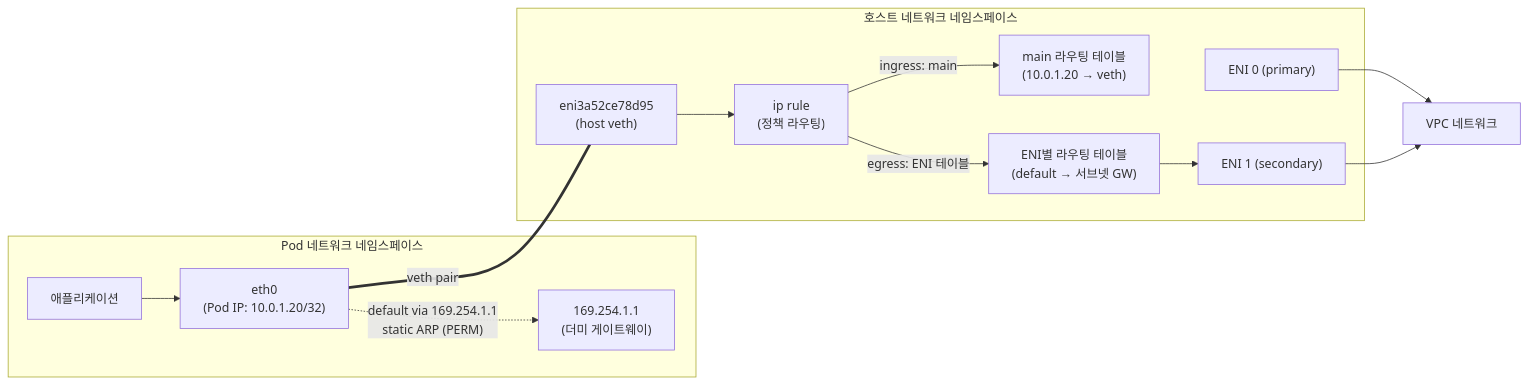
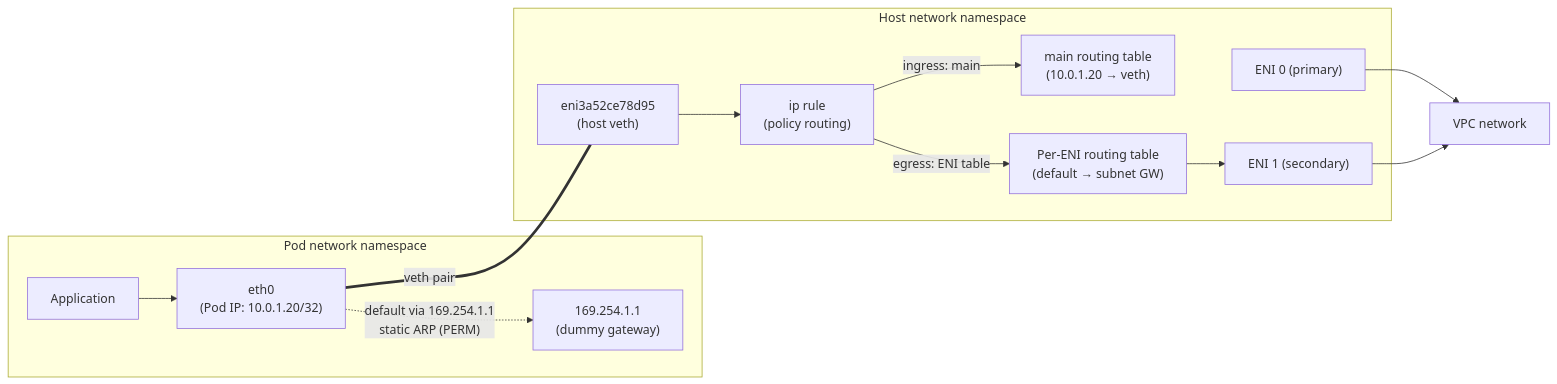
One commit to devfloor9/engineering-playbook changed the first of 2 diagrams in docs/eks-best-practices/networking-performance/vpc-cni-deep-dive.md. Above: the diagram before and after it, drawn with Mermaid. The commit also changed other lines of this file and 954 other files, not shown here.

````diff
--- a/docs/eks-best-practices/networking-performance/vpc-cni-deep-dive.md
+++ b/docs/eks-best-practices/networking-performance/vpc-cni-deep-dive.md
@@ -52,21 +52,21 @@
 ```mermaid
 flowchart LR
-    subgraph POD["Pod 네트워크 네임스페이스"]
-        APP[애플리케이션] --> ETH0["eth0<br/>(Pod IP: 10.0.1.20/32)"]
-        ETH0 -.->|"default via 169.254.1.1<br/>static ARP (PERM)"| GW["169.254.1.1<br/>(더미 게이트웨이)"]
+    subgraph POD["Pod network namespace"]
+        APP[Application] --> ETH0["eth0<br/>(Pod IP: 10.0.1.20/32)"]
+        ETH0 -.->|"default via 169.254.1.1<br/>static ARP (PERM)"| GW["169.254.1.1<br/>(dummy gateway)"]
     end
-    subgraph HOST["호스트 네트워크 네임스페이스"]
+    subgraph HOST["Host network namespace"]
         VETH["eni3a52ce78d95<br/>(host veth)"]
-        RULE["ip rule<br/>(정책 라우팅)"]
-        RT_MAIN["main 라우팅 테이블<br/>(10.0.1.20 → veth)"]
-        RT_ENI["ENI별 라우팅 테이블<br/>(default → 서브넷 GW)"]
+        RULE["ip rule<br/>(policy routing)"]
+        RT_MAIN["main routing table<br/>(10.0.1.20 → veth)"]
+        RT_ENI["Per-ENI routing table<br/>(default → subnet GW)"]
         ENI1["ENI 0 (primary)"]
         ENI2["ENI 1 (secondary)"]
     end
     ETH0 ===|veth pair| VETH
     VETH --> RULE
     RULE -->|ingress: main| RT_MAIN
-    RULE -->|egress: ENI 테이블| RT_ENI
+    RULE -->|egress: ENI table| RT_ENI
     RT_ENI --> ENI2
-    ENI1 & ENI2 --> VPC["VPC 네트워크"]
+    ENI1 & ENI2 --> VPC["VPC network"]
 ```
````
